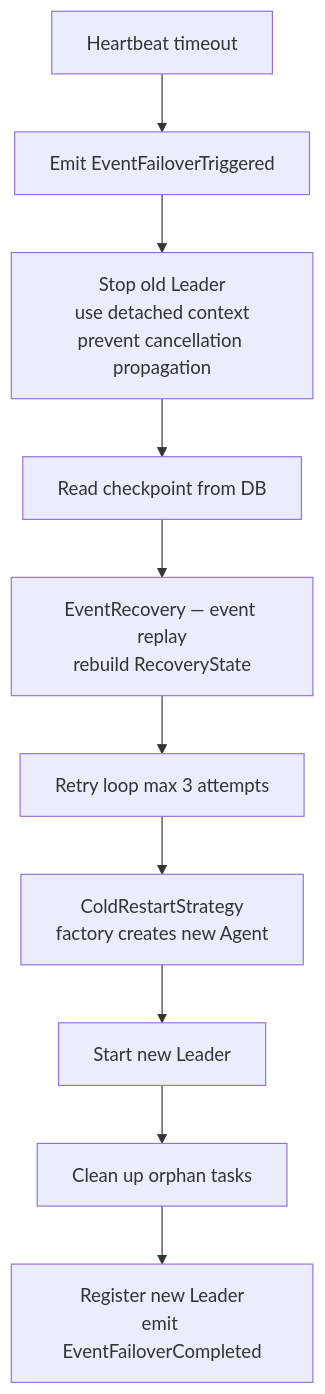
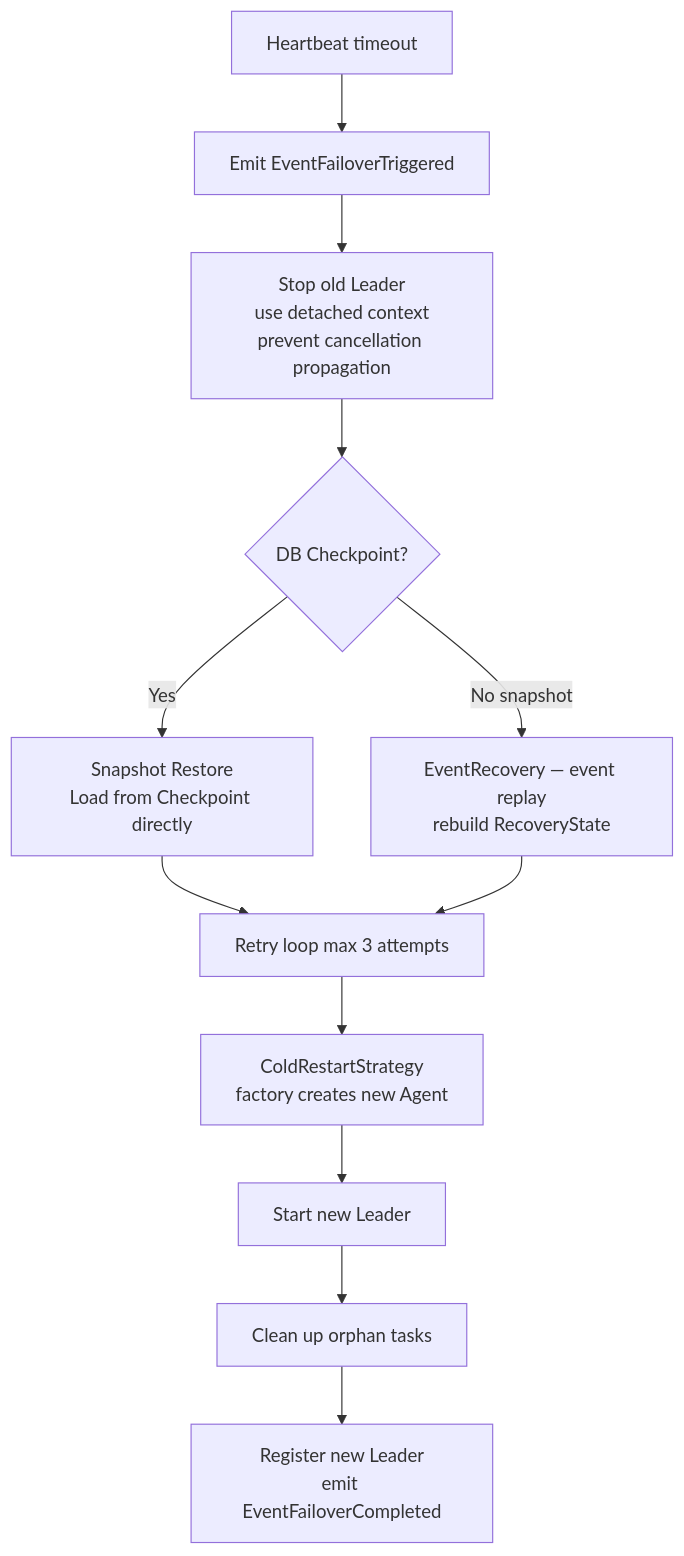
The fifth of 7 diagrams in docs/articles/en/runtime-lifecycle-deep-dive.md (Timwood0x10/ARES), drawn with Mermaid before and after one commit. The commit also changed other lines of this file and 380 other files, not shown here.

````diff
--- a/docs/articles/en/runtime-lifecycle-deep-dive.md
+++ b/docs/articles/en/runtime-lifecycle-deep-dive.md
@@ -281,12 +452,14 @@
 ```mermaid
 graph TB
     TIMEOUT[Heartbeat timeout] --> EMIT[Emit EventFailoverTriggered]
     EMIT --> STOP[Stop old Leader<br/>use detached context<br/>prevent cancellation propagation]
-    STOP --> CP[Read checkpoint from DB]
-    CP --> ER[EventRecovery — event replay<br/>rebuild RecoveryState]
-    ER --> RETRY[Retry loop max 3 attempts]
+    STOP --> CP{DB Checkpoint?}
+    CP -->|Yes| SNAP[Snapshot Restore<br/>Load from Checkpoint directly]
+    CP -->|No snapshot| ER[EventRecovery — event replay<br/>rebuild RecoveryState]
+    SNAP --> RETRY[Retry loop max 3 attempts]
+    ER --> RETRY
     RETRY --> COLD[ColdRestartStrategy<br/>factory creates new Agent]
     COLD --> START[Start new Leader]
     START --> CLEAN[Clean up orphan tasks]
     CLEAN --> DONE[Register new Leader<br/>emit EventFailoverCompleted]
 ```
````
